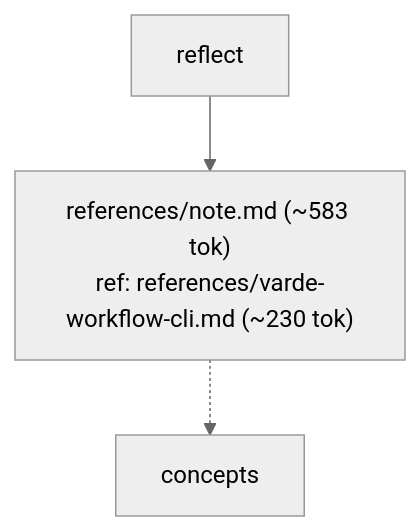
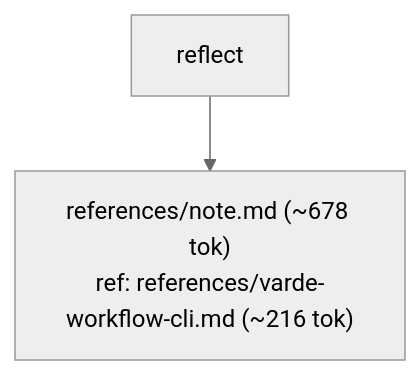
Before and after one commit to alecegg/varde: the third of 6 diagrams in skills/varde-knowledge/FLOW.md, drawn with Mermaid (neutral theme). The commit also changed other lines of this file and 269 other files, not shown here.

````diff
--- a/skills/varde-knowledge/FLOW.md
+++ b/skills/varde-knowledge/FLOW.md
@@ -66,8 +54,6 @@
 ```mermaid
 flowchart TD
-  n0["references/note.md (~583 tok)<br/>ref: references/varde-workflow-cli.md (~230 tok)"]
-  n1["concepts"]
-  n2["reflect"]
-  n0 -.-> n1
-  n2 --> n0
+  n0["references/note.md (~678 tok)<br/>ref: references/varde-workflow-cli.md (~216 tok)"]
+  n1["reflect"]
+  n1 --> n0
 ```
````
